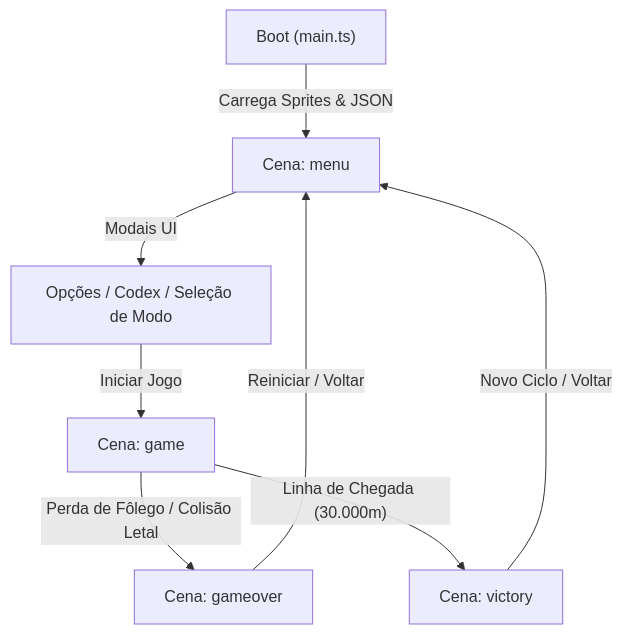
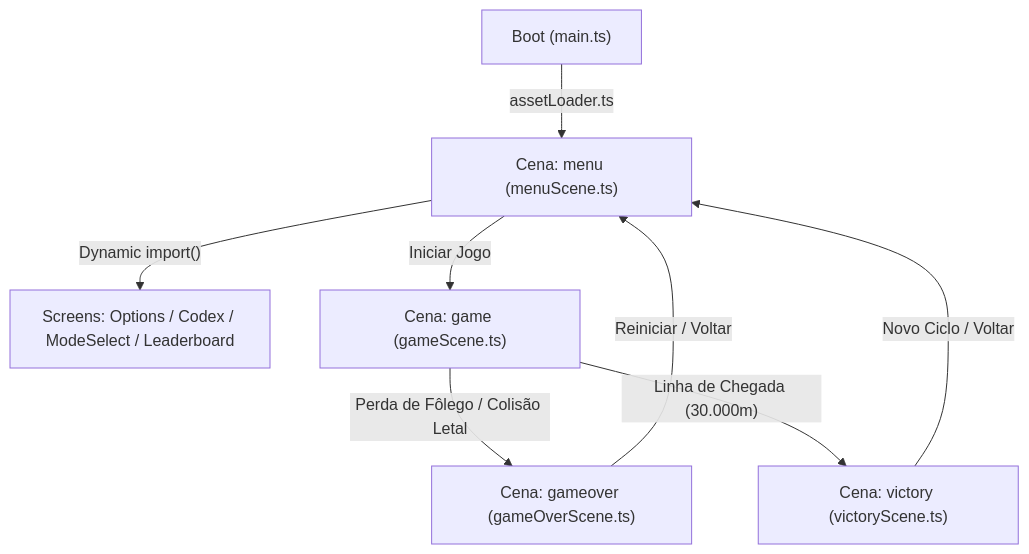
One commit to FeCruz0/micro-splash changed the first of 3 diagrams in docs/ARCHITECTURE.md. Above: the diagram before and after it, drawn with Mermaid. The commit also changed other lines of this file and 4 other files, not shown here.

````diff
--- a/docs/ARCHITECTURE.md
+++ b/docs/ARCHITECTURE.md
@@ -68,10 +86,10 @@
 ```mermaid
 graph TD
-    BOOT["Boot (main.ts)"] -->|"Carrega Sprites & JSON"| MENU["Cena: menu"]
-    MENU -->|"Modais UI"| MODALS["Opções / Codex / Seleção de Modo"]
-    MODALS -->|"Iniciar Jogo"| GAME["Cena: game"]
-    GAME -->|"Perda de Fôlego / Colisão Letal"| GAMEOVER["Cena: gameover"]
-    GAME -->|"Linha de Chegada (30.000m)"| VICTORY["Cena: victory"]
+    BOOT["Boot (main.ts)"] -->|"assetLoader.ts"| MENU["Cena: menu (menuScene.ts)"]
+    MENU -->|"Dynamic import()"| SCREENS["Screens: Options / Codex / ModeSelect / Leaderboard"]
+    MENU -->|"Iniciar Jogo"| GAME["Cena: game (gameScene.ts)"]
+    GAME -->|"Perda de Fôlego / Colisão Letal"| GAMEOVER["Cena: gameover (gameOverScene.ts)"]
+    GAME -->|"Linha de Chegada (30.000m)"| VICTORY["Cena: victory (victoryScene.ts)"]
     GAMEOVER -->|"Reiniciar / Voltar"| MENU
     VICTORY -->|"Novo Ciclo / Voltar"| MENU
 ```
````
